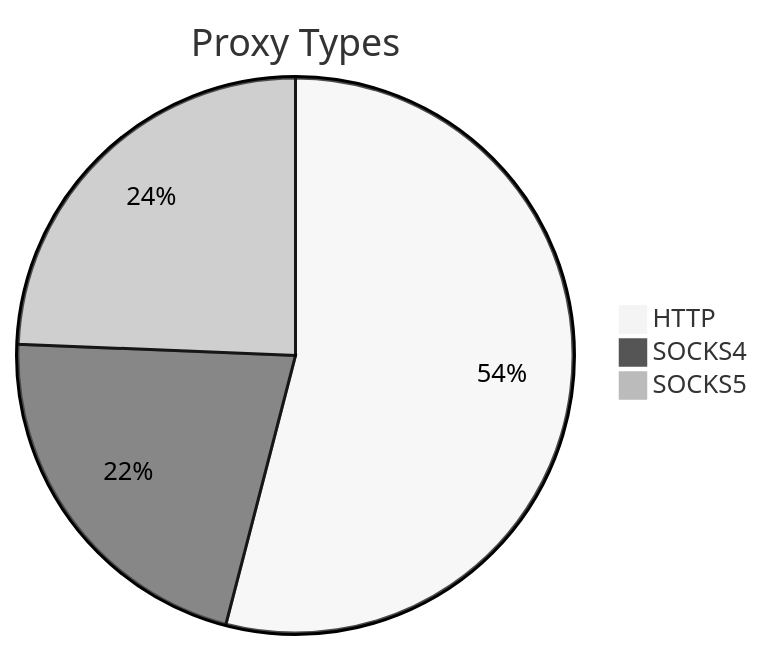
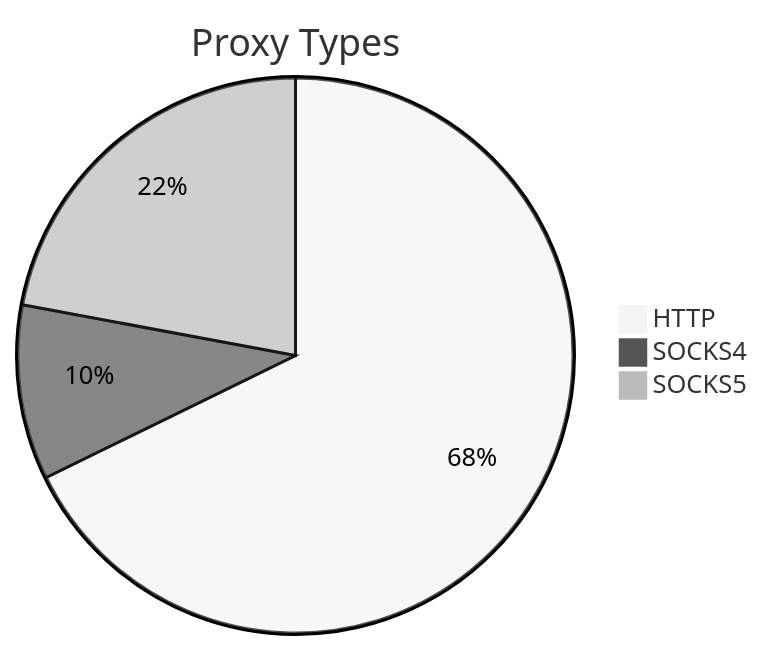
One commit to stormsia/proxy-list changed the first of 2 diagrams in README.md. Above: the diagram before and after it, drawn with Mermaid (neutral theme). The commit also changed other lines of this file, not shown here.

````diff
--- a/README.md
+++ b/README.md
@@ -21,6 +21,6 @@
 ```mermaid
 pie title Proxy Types
-    "HTTP" : 355
-    "SOCKS4" : 142
-    "SOCKS5" : 160
+    "HTTP" : 353
+    "SOCKS4" : 53
+    "SOCKS5" : 115
 ```
````
